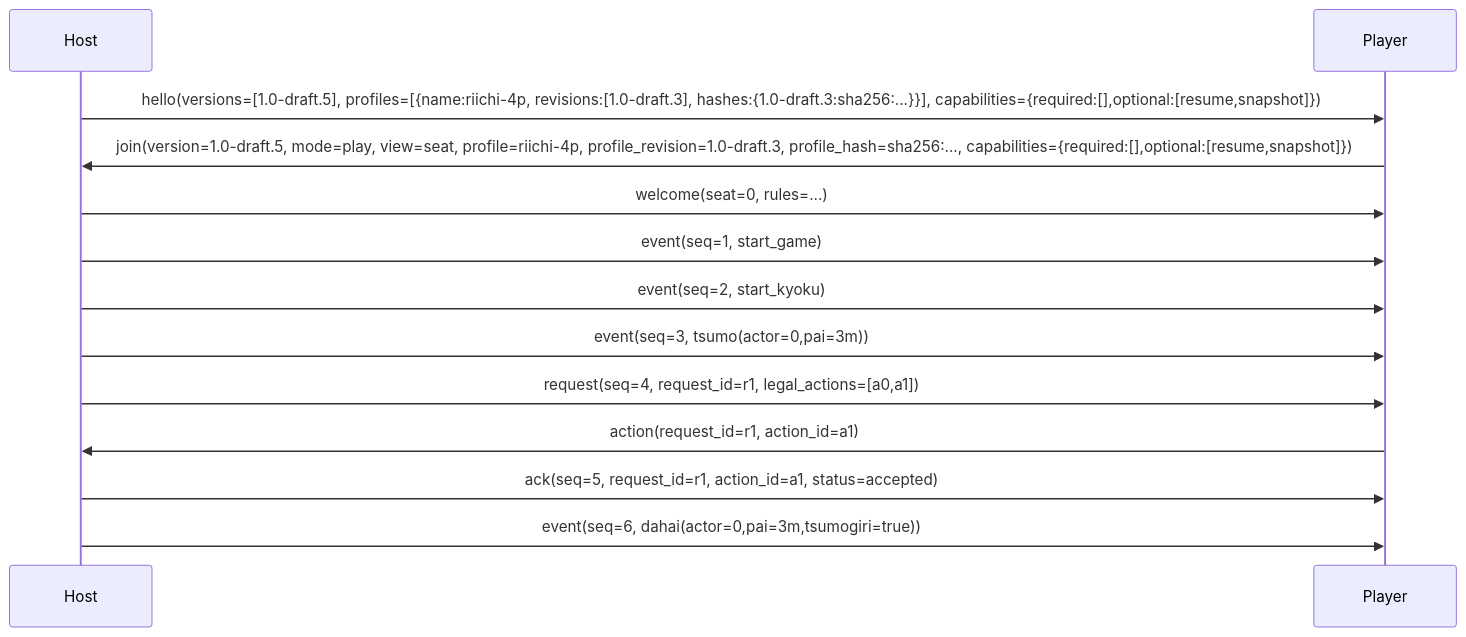
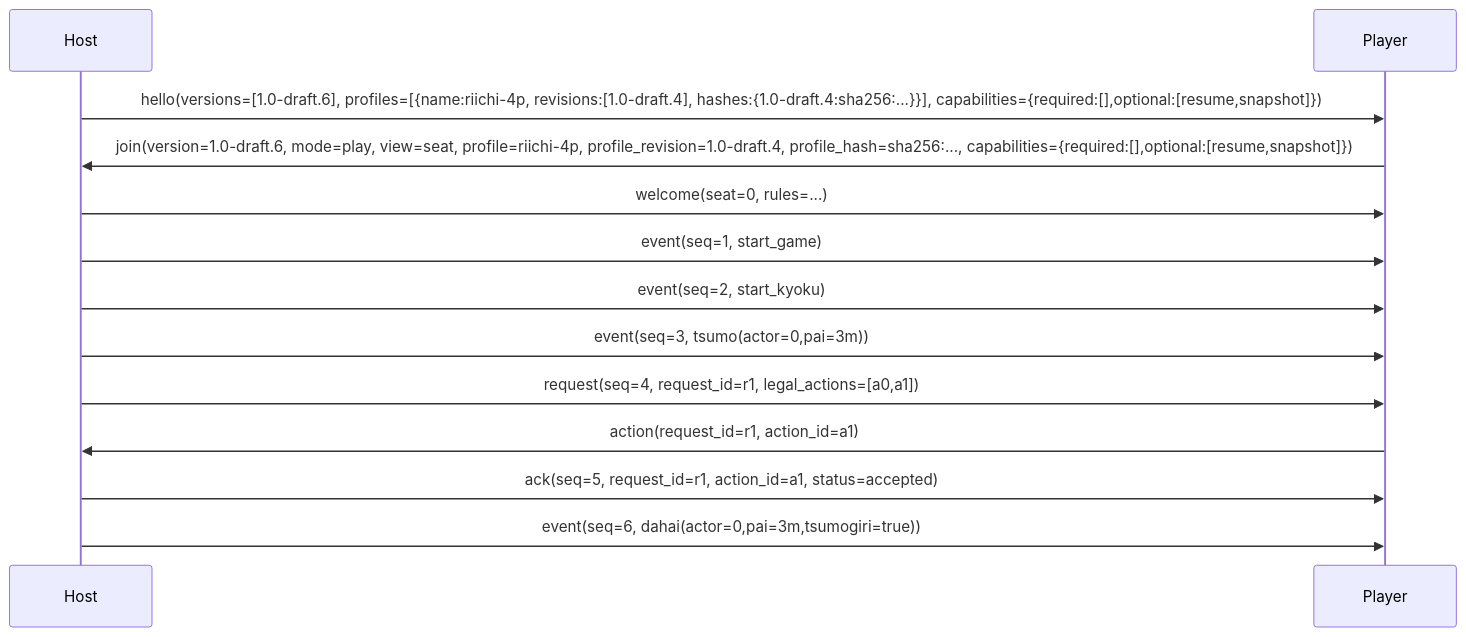
Before and after one commit to SuzumiyaAoba/YAMAI: the eighth of 8 diagrams in docs/yamai-protocol.md, drawn with Mermaid. The commit also changed other lines of this file and 64 other files, not shown here.

````diff
--- a/docs/yamai-protocol.md
+++ b/docs/yamai-protocol.md
@@ -1694,15 +1711,15 @@
 ```mermaid
 sequenceDiagram
   participant H as Host
   participant P as Player
-  H->>P: hello(versions=[1.0-draft.5], profiles=[{name:riichi-4p, revisions:[1.0-draft.3], hashes:{1.0-draft.3:sha256:...}}], capabilities={required:[],optional:[resume,snapshot]})
-  P->>H: join(version=1.0-draft.5, mode=play, view=seat, profile=riichi-4p, profile_revision=1.0-draft.3, profile_hash=sha256:..., capabilities={required:[],optional:[resume,snapshot]})
+  H->>P: hello(versions=[1.0-draft.6], profiles=[{name:riichi-4p, revisions:[1.0-draft.4], hashes:{1.0-draft.4:sha256:...}}], capabilities={required:[],optional:[resume,snapshot]})
+  P->>H: join(version=1.0-draft.6, mode=play, view=seat, profile=riichi-4p, profile_revision=1.0-draft.4, profile_hash=sha256:..., capabilities={required:[],optional:[resume,snapshot]})
   H->>P: welcome(seat=0, rules=...)
   H->>P: event(seq=1, start_game)
   H->>P: event(seq=2, start_kyoku)
   H->>P: event(seq=3, tsumo(actor=0,pai=3m))
   H->>P: request(seq=4, request_id=r1, legal_actions=[a0,a1])
   P->>H: action(request_id=r1, action_id=a1)
   H->>P: ack(seq=5, request_id=r1, action_id=a1, status=accepted)
   H->>P: event(seq=6, dahai(actor=0,pai=3m,tsumogiri=true))
 ```
````
